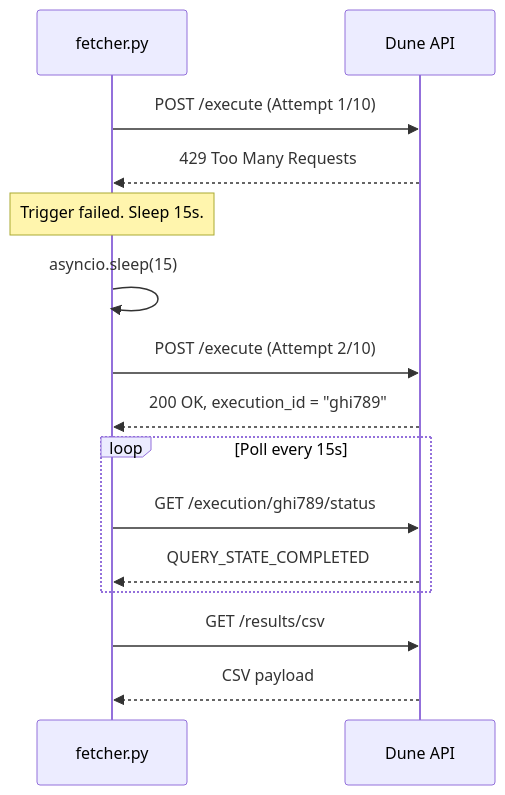
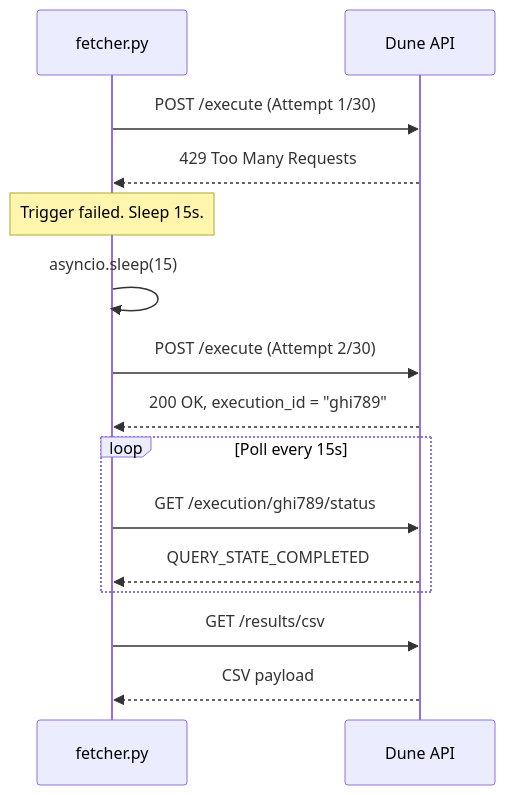
Before and after one commit to joshuatochinwachi/Yield-Sage: the fourth of 6 diagrams in docs/dune_fetcher_retry.md, drawn with Mermaid. The commit also changed other lines of this file and 1 other file, not shown here.

````diff
--- a/docs/dune_fetcher_retry.md
+++ b/docs/dune_fetcher_retry.md
@@ -132,22 +132,22 @@
 ```mermaid
 sequenceDiagram
     participant F as fetcher.py
     participant D as Dune API
 
-    F->>D: POST /execute (Attempt 1/10)
+    F->>D: POST /execute (Attempt 1/30)
     D-->>F: 429 Too Many Requests
 
     Note over F: Trigger failed. Sleep 15s.
     F->>F: asyncio.sleep(15)
 
-    F->>D: POST /execute (Attempt 2/10)
+    F->>D: POST /execute (Attempt 2/30)
     D-->>F: 200 OK, execution_id = "ghi789"
 
     loop Poll every 15s
         F->>D: GET /execution/ghi789/status
         D-->>F: QUERY_STATE_COMPLETED
     end
 
     F->>D: GET /results/csv
     D-->>F: CSV payload
 ```
````
